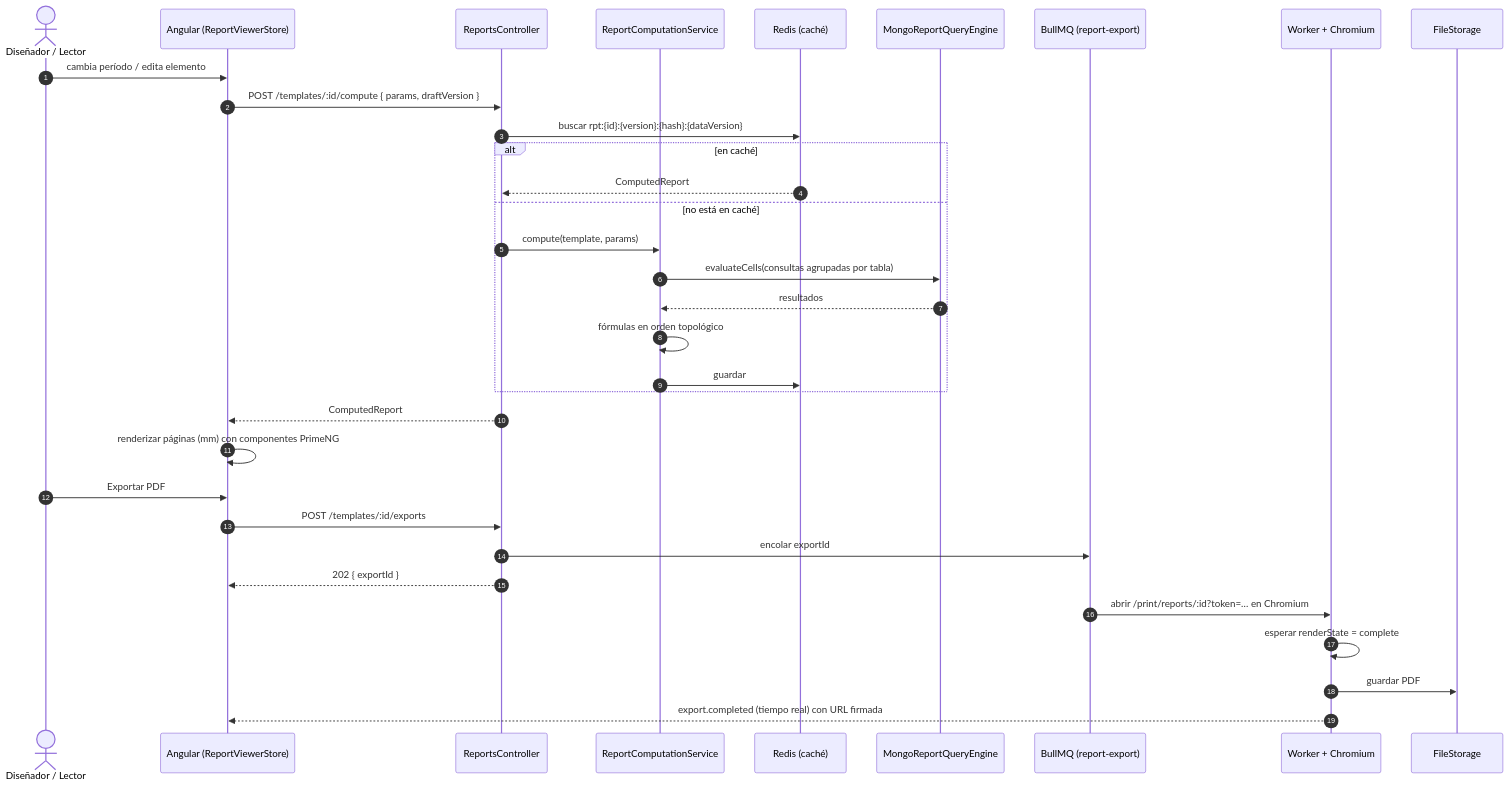
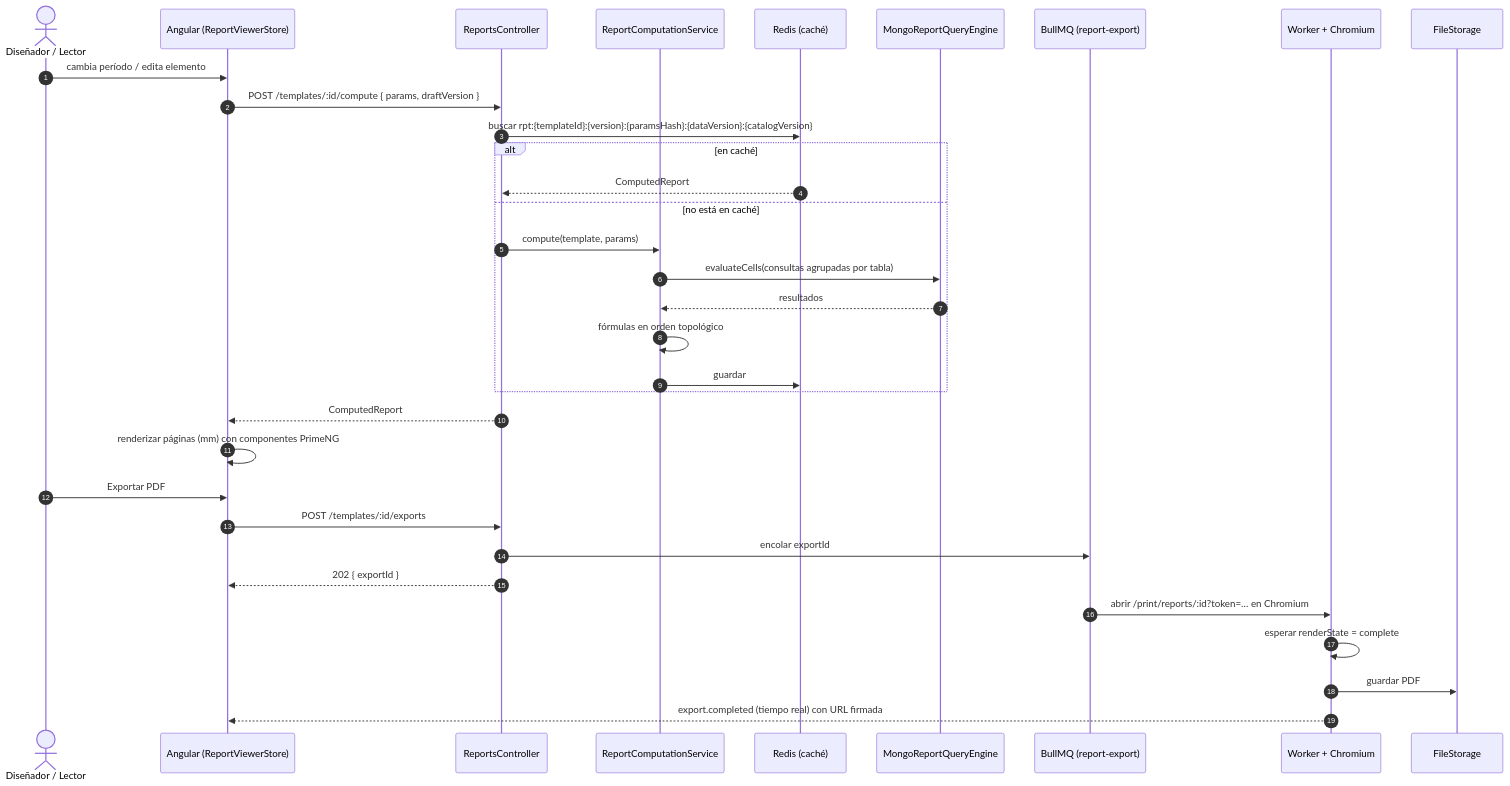
One commit to Axel-Esquivel/Asisteglt_v2 changed the fourth of 15 diagrams in docs/05-flujos-y-estados.md. Above: the diagram before and after it, drawn with Mermaid. The commit also changed other lines of this file and 10 other files, not shown here.

````diff
--- a/docs/05-flujos-y-estados.md
+++ b/docs/05-flujos-y-estados.md
@@ -115,36 +115,36 @@
 ```mermaid
 sequenceDiagram
     autonumber
     actor D as Diseñador / Lector
     participant W as Angular (ReportViewerStore)
     participant API as ReportsController
     participant CS as ReportComputationService
     participant C as Redis (caché)
     participant QE as MongoReportQueryEngine
     participant Q as BullMQ (report-export)
     participant WK as Worker + Chromium
     participant FS as FileStorage
 
     D->>W: cambia período / edita elemento
     W->>API: POST /templates/:id/compute { params, draftVersion }
-    API->>C: buscar rpt:{id}:{version}:{hash}:{dataVersion}
+    API->>C: buscar rpt:{templateId}:{version}:{paramsHash}:{dataVersion}:{catalogVersion}
     alt en caché
         C-->>API: ComputedReport
     else no está en caché
         API->>CS: compute(template, params)
         CS->>QE: evaluateCells(consultas agrupadas por tabla)
         QE-->>CS: resultados
         CS->>CS: fórmulas en orden topológico
         CS->>C: guardar
     end
     API-->>W: ComputedReport
     W->>W: renderizar páginas (mm) con componentes PrimeNG
     D->>W: Exportar PDF
     W->>API: POST /templates/:id/exports
     API->>Q: encolar exportId
     API-->>W: 202 { exportId }
     Q->>WK: abrir /print/reports/:id?token=… en Chromium
     WK->>WK: esperar renderState = complete
     WK->>FS: guardar PDF
     WK-->>W: export.completed (tiempo real) con URL firmada
 ```
````
